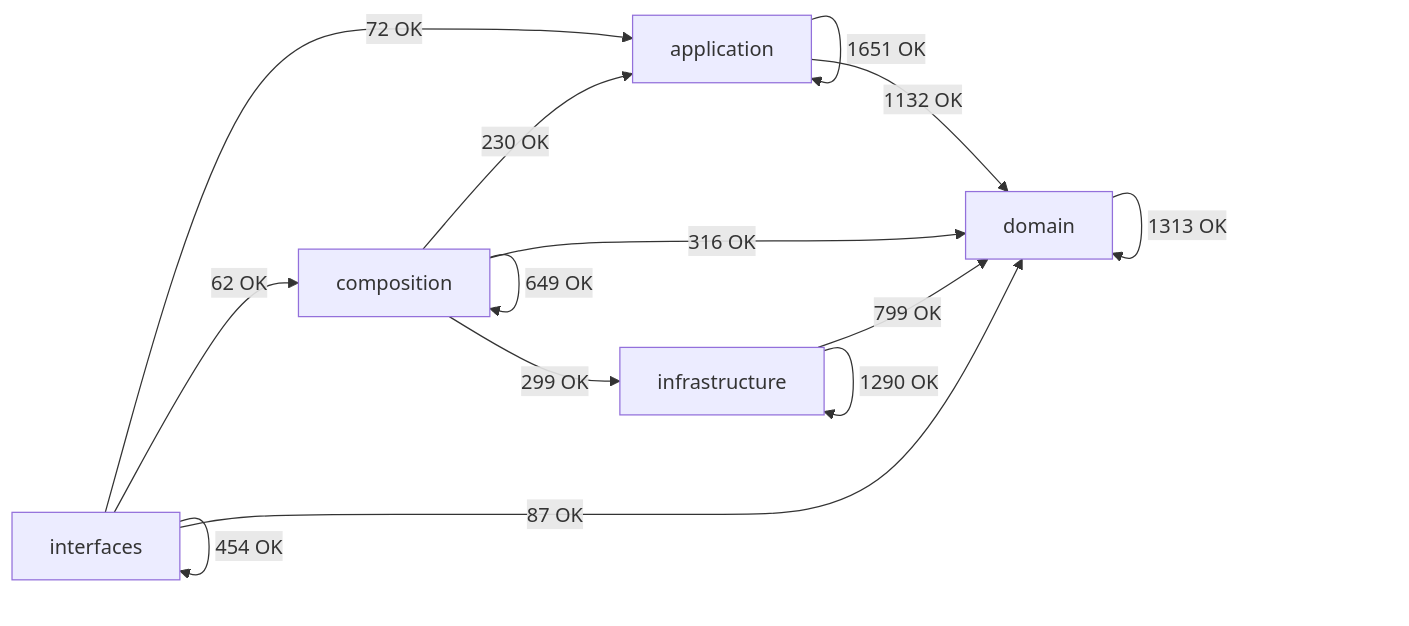
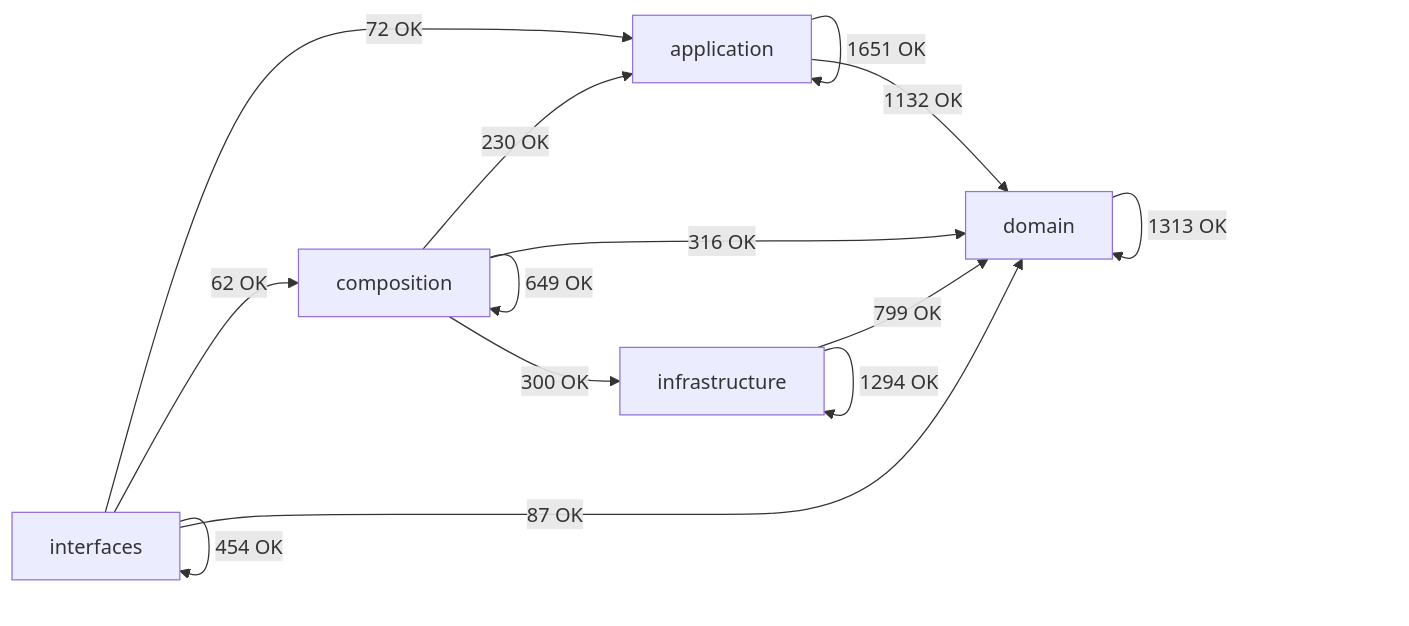
Before and after one commit to SatoryKono/BioactivityDataAcquisition: the diagram in docs/02-architecture/generated/module-dependency-map.md, drawn with Mermaid. The commit also changed other lines of this file and 40 other files, not shown here.

````diff
--- a/docs/02-architecture/generated/module-dependency-map.md
+++ b/docs/02-architecture/generated/module-dependency-map.md
@@ -17,21 +17,21 @@
 ```mermaid
 flowchart LR
     domain[domain]
     application[application]
     infrastructure[infrastructure]
     composition[composition]
     interfaces[interfaces]
     application -->|1651 OK| application
     application -->|1132 OK| domain
     composition -->|230 OK| application
     composition -->|649 OK| composition
     composition -->|316 OK| domain
-    composition -->|299 OK| infrastructure
+    composition -->|300 OK| infrastructure
     domain -->|1313 OK| domain
     infrastructure -->|799 OK| domain
-    infrastructure -->|1290 OK| infrastructure
+    infrastructure -->|1294 OK| infrastructure
     interfaces -->|72 OK| application
     interfaces -->|62 OK| composition
     interfaces -->|87 OK| domain
     interfaces -->|454 OK| interfaces
 ```
````
